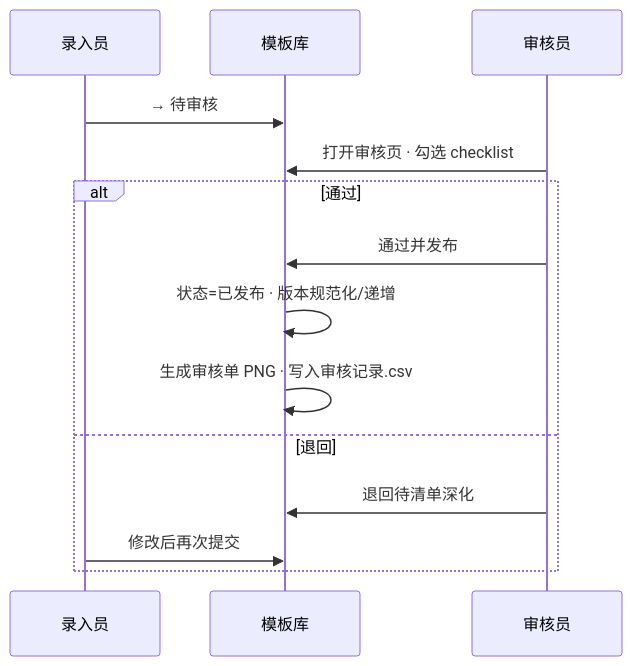
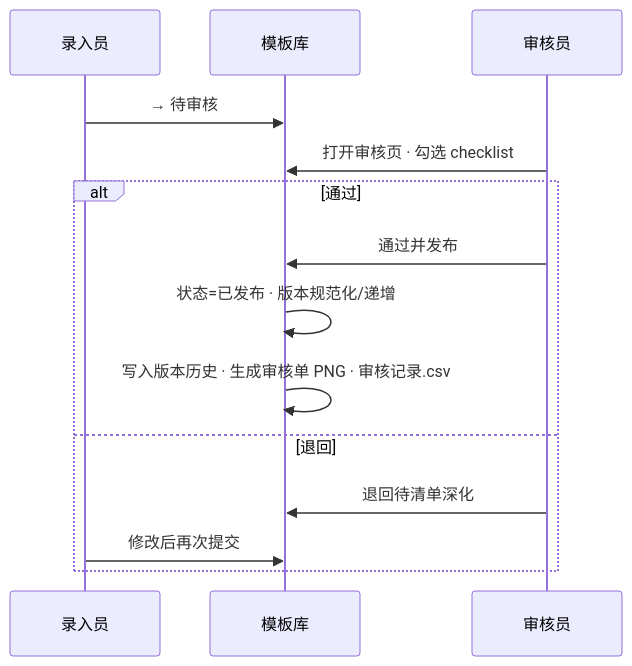
Before and after one commit to raintea223-art/Parti-MR2525: the eighth of 11 diagrams in docs/WORKFLOW.md, drawn with Mermaid. The commit also changed other lines of this file and 20 other files, not shown here.

````diff
--- a/docs/WORKFLOW.md
+++ b/docs/WORKFLOW.md
@@ -161,16 +219,16 @@
 ```mermaid
 sequenceDiagram
     participant 录入 as 录入员
     participant 系统 as 模板库
     participant 审核 as 审核员
     录入->>系统: → 待审核
     审核->>系统: 打开审核页 · 勾选 checklist
     alt 通过
         审核->>系统: 通过并发布
         系统->>系统: 状态=已发布 · 版本规范化/递增
-        系统->>系统: 生成审核单 PNG · 写入审核记录.csv
+        系统->>系统: 写入版本历史 · 生成审核单 PNG · 审核记录.csv
     else 退回
         审核->>系统: 退回待清单深化
         录入->>系统: 修改后再次提交
     end
 ```
````
